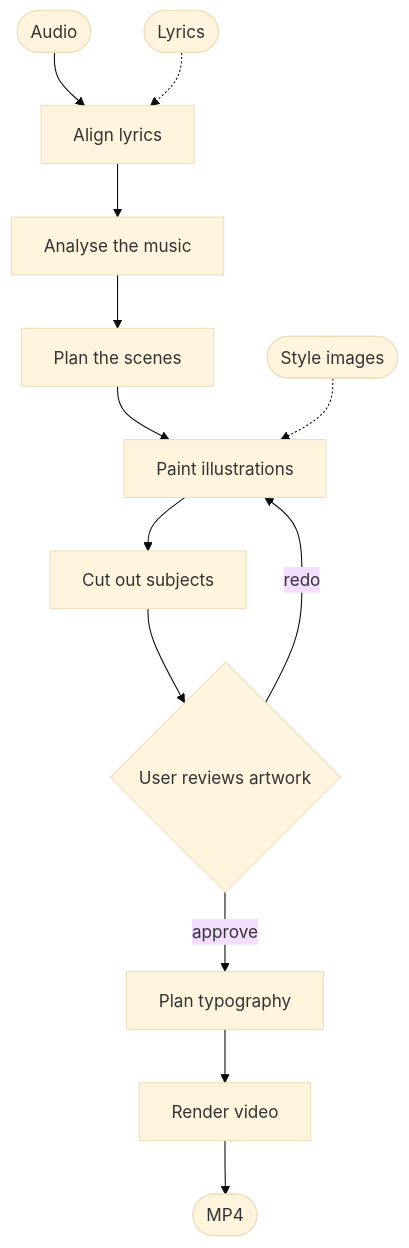
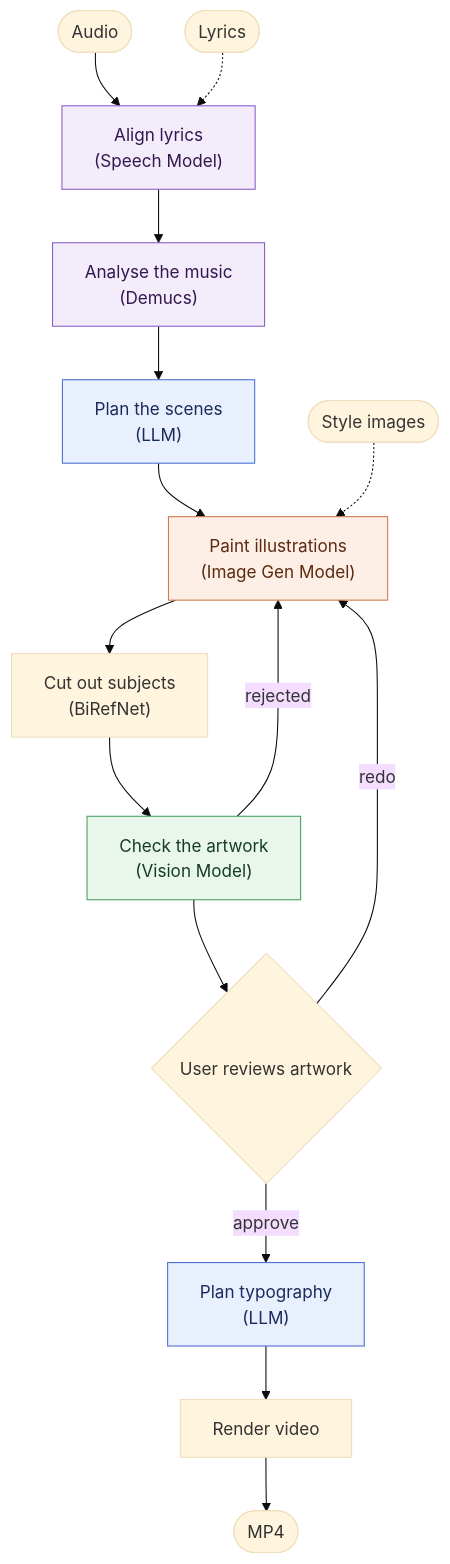
The first of 2 diagrams in README.md (joncastillo/Kinetic_Lyrics), drawn with Mermaid (base theme) before and after one commit. The commit also changed other lines of this file and 49 other files, not shown here.

````diff
--- a/README.md
+++ b/README.md
@@ -14,15 +16,26 @@
 ```mermaid
 flowchart TD
-    A([Audio]) --> B[Align lyrics]
+    A([Audio]) --> B["Align lyrics<br/>(Speech Model)"]
     L([Lyrics]) -.-> B
-    B --> C[Analyse the music]
-    C --> D[Plan the scenes]
-    D --> E[Paint illustrations]
+    B --> C["Analyse the music<br/>(Demucs)"]
+    C --> D["Plan the scenes<br/>(LLM)"]
+    D --> E["Paint illustrations<br/>(Image Gen Model)"]
     S([Style images]) -.-> E
-    E --> F[Cut out subjects]
-    F --> G{User reviews artwork}
+    E --> F["Cut out subjects<br/>(BiRefNet)"]
+    F --> R["Check the artwork<br/>(Vision Model)"]
+    R -- rejected --> E
+    R --> G{User reviews artwork}
     G -- redo --> E
-    G -- approve --> H[Plan typography]
+    G -- approve --> H["Plan typography<br/>(LLM)"]
     H --> I[Render video]
     I --> V([MP4])
+
+    classDef llm fill:#e8f0fe,stroke:#4a6fd1,color:#1a2b5c
+    classDef image fill:#fdeee6,stroke:#d1784a,color:#5c2a10
+    classDef vision fill:#e9f6ec,stroke:#4a9e63,color:#163d22
+    classDef audio fill:#f3ecfb,stroke:#8a5cc7,color:#33184f
+    class D,H llm
+    class E image
+    class R vision
+    class B,C audio
 ```
````
